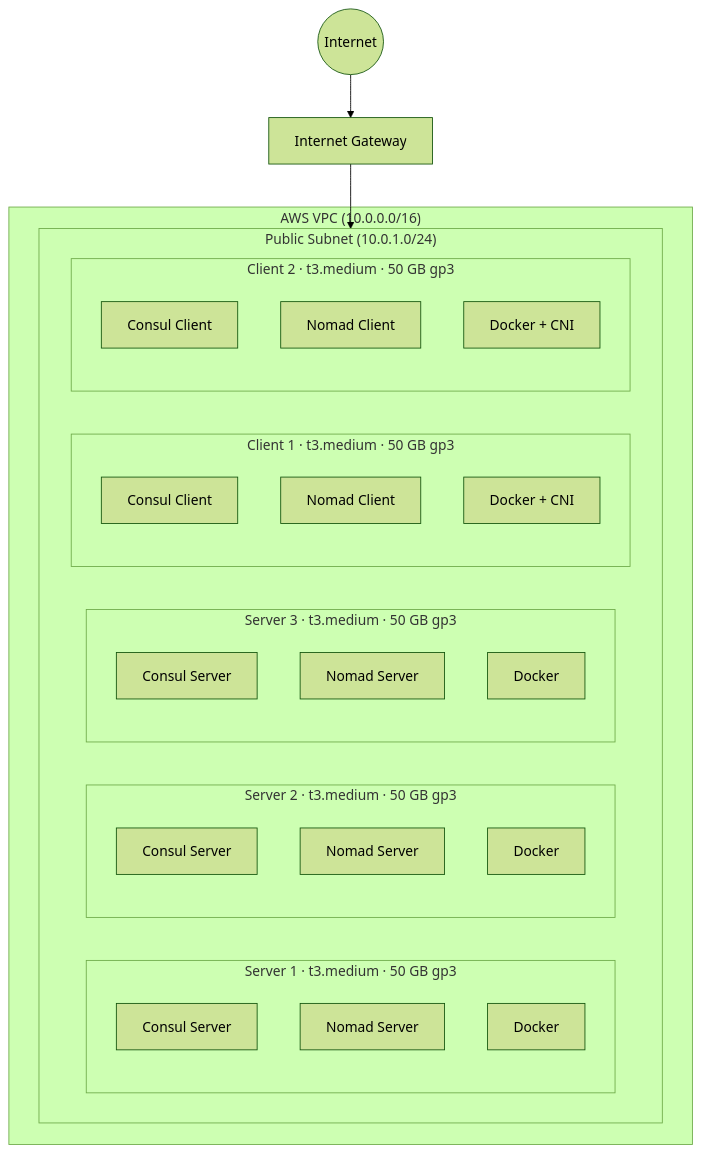
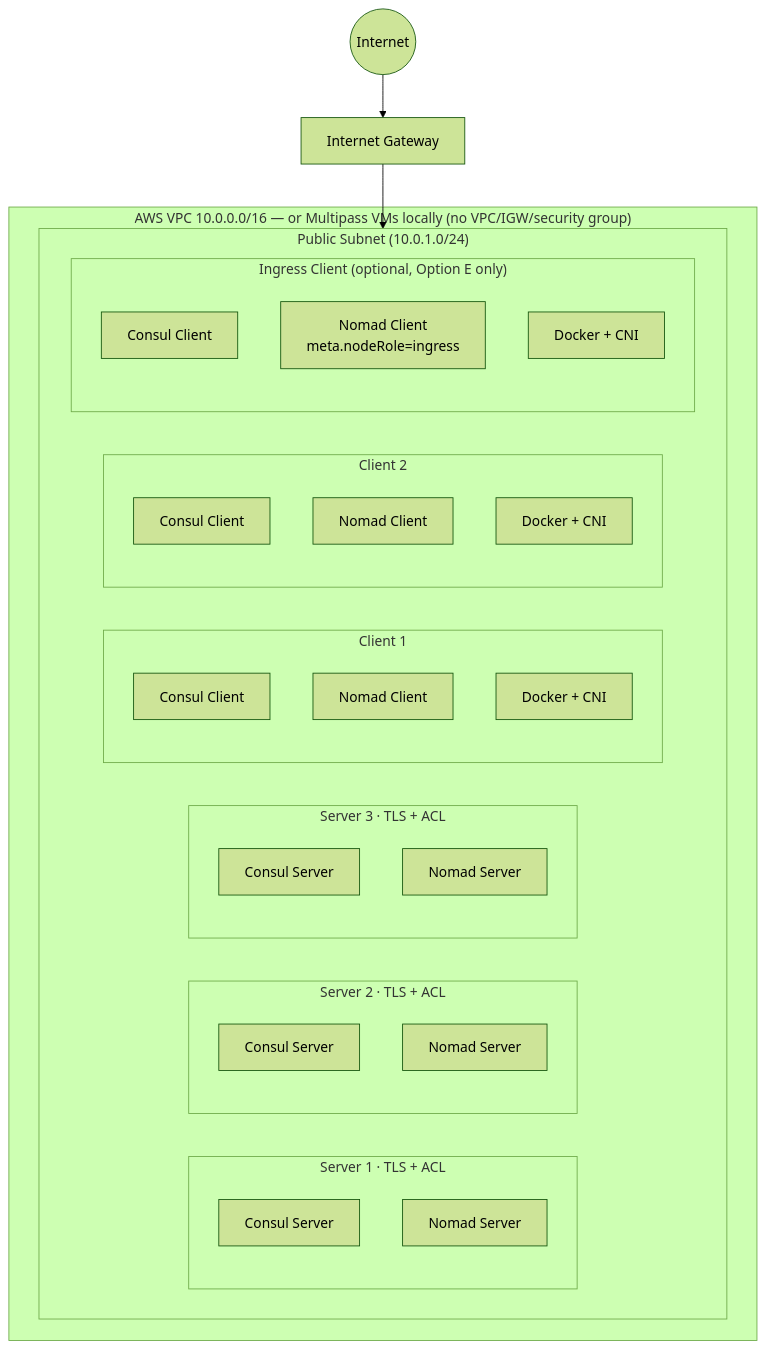
Before and after one commit to hashicorp-education/nomad-infrastructure: the diagram in README.md, drawn with Mermaid (forest theme). The commit also changed other lines of this file and 15 other files, not shown here.

````diff
--- a/README.md
+++ b/README.md
@@ -68,37 +73,39 @@
 ```mermaid
 graph TB
     Internet((Internet))
     IGW[Internet Gateway]
 
-    subgraph VPC["AWS VPC (10.0.0.0/16)"]
+    subgraph VPC["AWS VPC 10.0.0.0/16 — or Multipass VMs locally (no VPC/IGW/security group)"]
         subgraph Subnet["Public Subnet (10.0.1.0/24)"]
-            subgraph S1["Server 1 · t3.medium · 50 GB gp3"]
+            subgraph S1["Server 1 · TLS + ACL"]
                 CS1[Consul Server]
                 NS1[Nomad Server]
-                DS1[Docker]
             end
-            subgraph S2["Server 2 · t3.medium · 50 GB gp3"]
+            subgraph S2["Server 2 · TLS + ACL"]
                 CS2[Consul Server]
                 NS2[Nomad Server]
-                DS2[Docker]
             end
-            subgraph S3["Server 3 · t3.medium · 50 GB gp3"]
+            subgraph S3["Server 3 · TLS + ACL"]
                 CS3[Consul Server]
                 NS3[Nomad Server]
-                DS3[Docker]
             end
-            subgraph C1["Client 1 · t3.medium · 50 GB gp3"]
+            subgraph C1["Client 1"]
                 CC1[Consul Client]
                 NC1[Nomad Client]
                 DC1[Docker + CNI]
             end
-            subgraph C2["Client 2 · t3.medium · 50 GB gp3"]
+            subgraph C2["Client 2"]
                 CC2[Consul Client]
                 NC2[Nomad Client]
                 DC2[Docker + CNI]
+            end
+            subgraph CI["Ingress Client (optional, Option E only)"]
+                CCI[Consul Client]
+                NCI["Nomad Client<br/>meta.nodeRole=ingress"]
+                DCI[Docker + CNI]
             end
         end
     end
 
     Internet --> IGW --> Subnet
 ```
````
